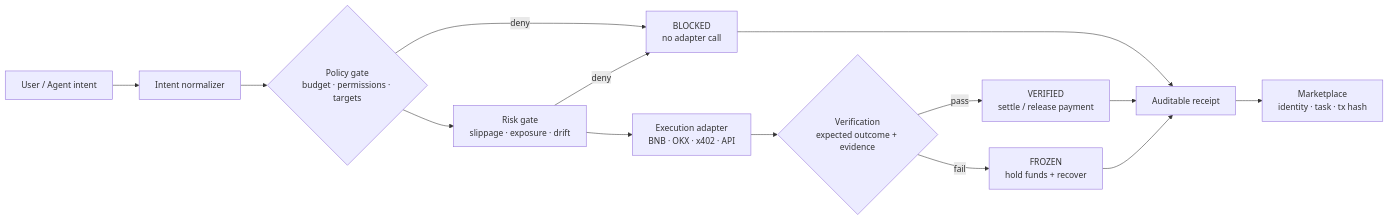
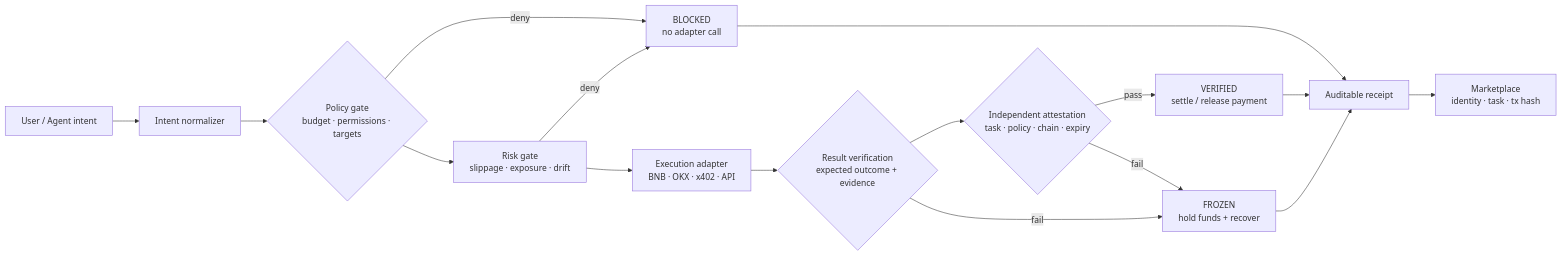
One commit to 0xCaptain888/agent-control-plane changed the diagram in docs/architecture.md. Above: the diagram before and after it, drawn with Mermaid. The commit also changed other lines of this file and 29 other files, not shown here.

Commit message:
feat: add independent verification and impact evidence

````diff
--- a/docs/architecture.md
+++ b/docs/architecture.md
@@ -5,16 +5,18 @@
 ```mermaid
 flowchart LR
     U[User / Agent intent] --> N[Intent normalizer]
     N --> P{Policy gate\nbudget · permissions · targets}
     P -->|deny| B[BLOCKED\nno adapter call]
     P --> R[Risk gate\nslippage · exposure · drift]
     R -->|deny| B
     R --> X[Execution adapter\nBNB · OKX · x402 · API]
-    X --> V{Verification\nexpected outcome + evidence}
-    V -->|pass| S[VERIFIED\nsettle / release payment]
+    X --> V{Result verification\nexpected outcome + evidence}
+    V --> A{Independent attestation\ntask · policy · chain · expiry}
+    A -->|pass| S[VERIFIED\nsettle / release payment]
     V -->|fail| F[FROZEN\nhold funds + recover]
+    A -->|fail| F
     B --> Q[Auditable receipt]
     S --> Q
     F --> Q
     Q --> M[Marketplace\nidentity · task · tx hash]
 ```
````
